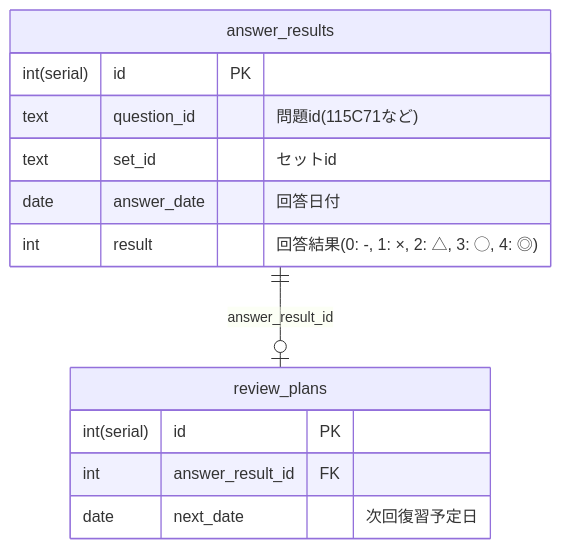
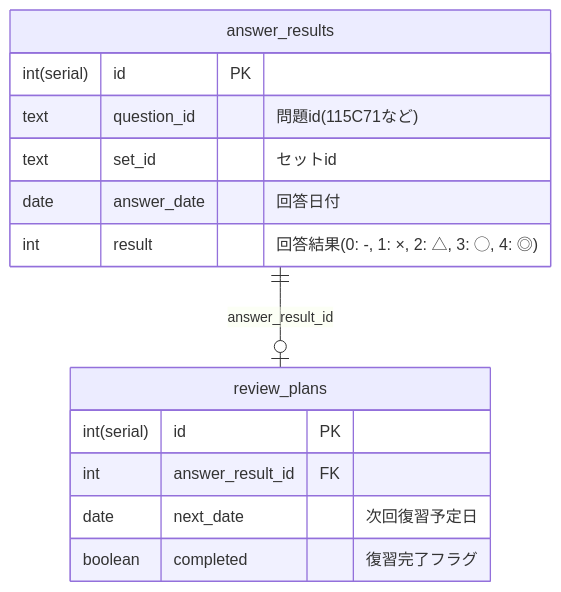
One commit to ano333333/qb-extension changed the first of 2 diagrams in 草案.md. Above: the diagram before and after it, drawn with Mermaid. The commit also changed other lines of this file, not shown here.

````diff
--- a/草案.md
+++ b/草案.md
@@ -39,17 +39,18 @@
 ```mermaid
 erDiagram
     answer_results {
         int(serial) id PK
         text question_id "問題id(115C71など)"
         text set_id "セットid"
         date answer_date "回答日付"
         int result "回答結果(0: -, 1: ×, 2: △, 3: ◯, 4: ◎)"
     }
     review_plans {
         int(serial) id PK
         int answer_result_id FK
         date next_date "次回復習予定日"
+        boolean completed "復習完了フラグ"
     }
 
     answer_results ||--o| review_plans : answer_result_id
 ```
````
